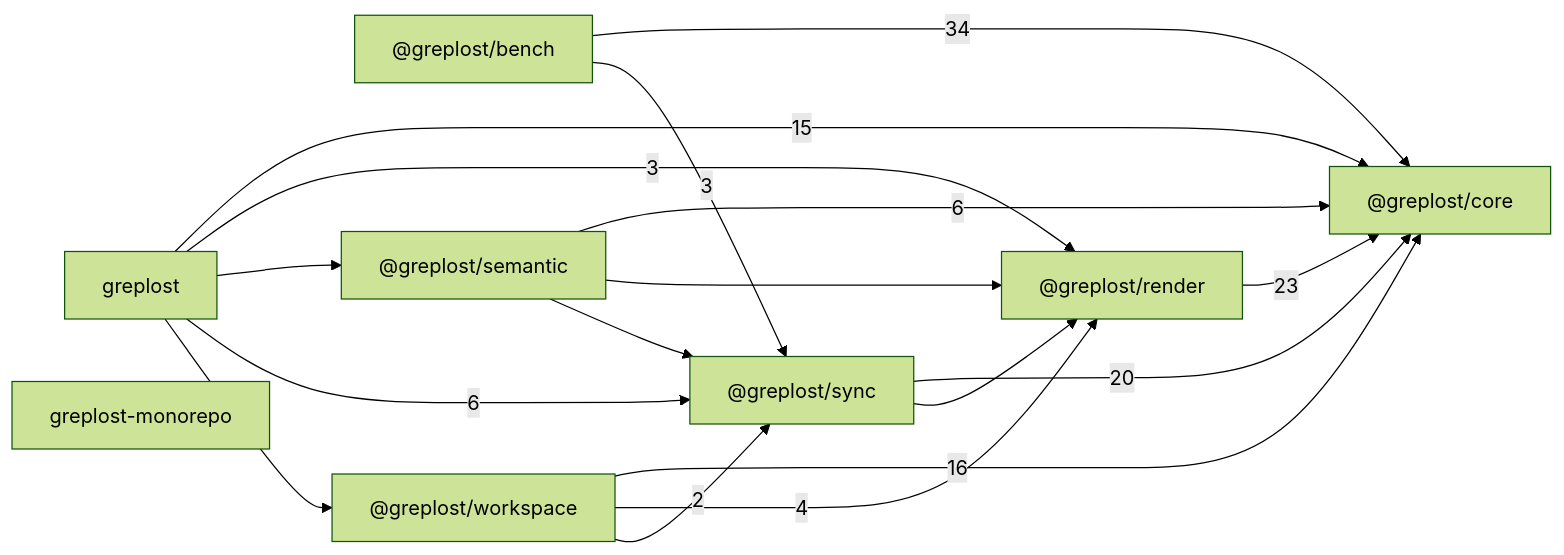
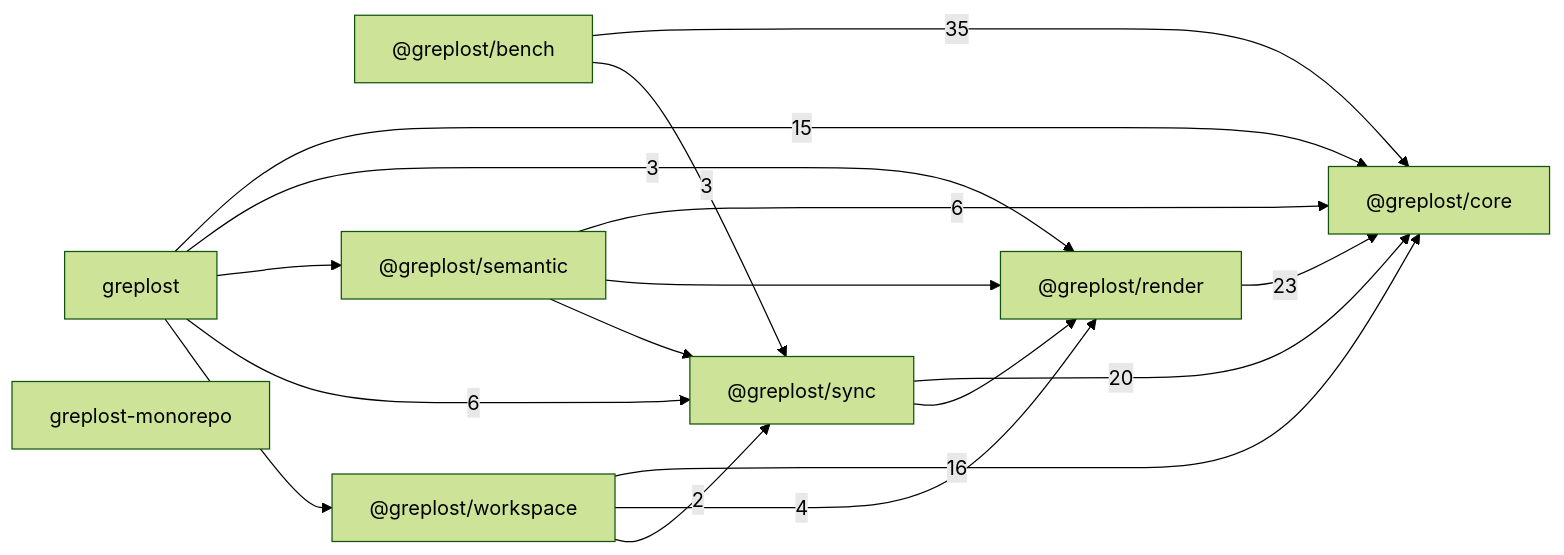
The diagram in .greplost/repo/MAP.md (sns45/greplost), drawn with Mermaid (forest theme) before and after one commit. The commit also changed other lines of this file and 16 other files, not shown here.

````diff
--- a/.greplost/repo/MAP.md
+++ b/.greplost/repo/MAP.md
@@ -21,27 +21,27 @@
 ```mermaid
 graph LR
   _greplost_bench["@greplost/bench"]
   _greplost_core["@greplost/core"]
   _greplost_render["@greplost/render"]
   _greplost_semantic["@greplost/semantic"]
   _greplost_sync["@greplost/sync"]
   _greplost_workspace["@greplost/workspace"]
   greplost["greplost"]
   greplost_monorepo["greplost-monorepo"]
-  _greplost_bench -->|34| _greplost_core
+  _greplost_bench -->|35| _greplost_core
   _greplost_bench -->|3| _greplost_sync
   _greplost_render -->|23| _greplost_core
   _greplost_semantic -->|6| _greplost_core
   _greplost_semantic --> _greplost_render
   _greplost_semantic --> _greplost_sync
   _greplost_sync -->|20| _greplost_core
   _greplost_sync --> _greplost_render
   _greplost_workspace -->|16| _greplost_core
   _greplost_workspace -->|4| _greplost_render
   _greplost_workspace -->|2| _greplost_sync
   greplost -->|15| _greplost_core
   greplost -->|3| _greplost_render
   greplost --> _greplost_semantic
   greplost -->|6| _greplost_sync
   greplost --> _greplost_workspace
 ```
````
